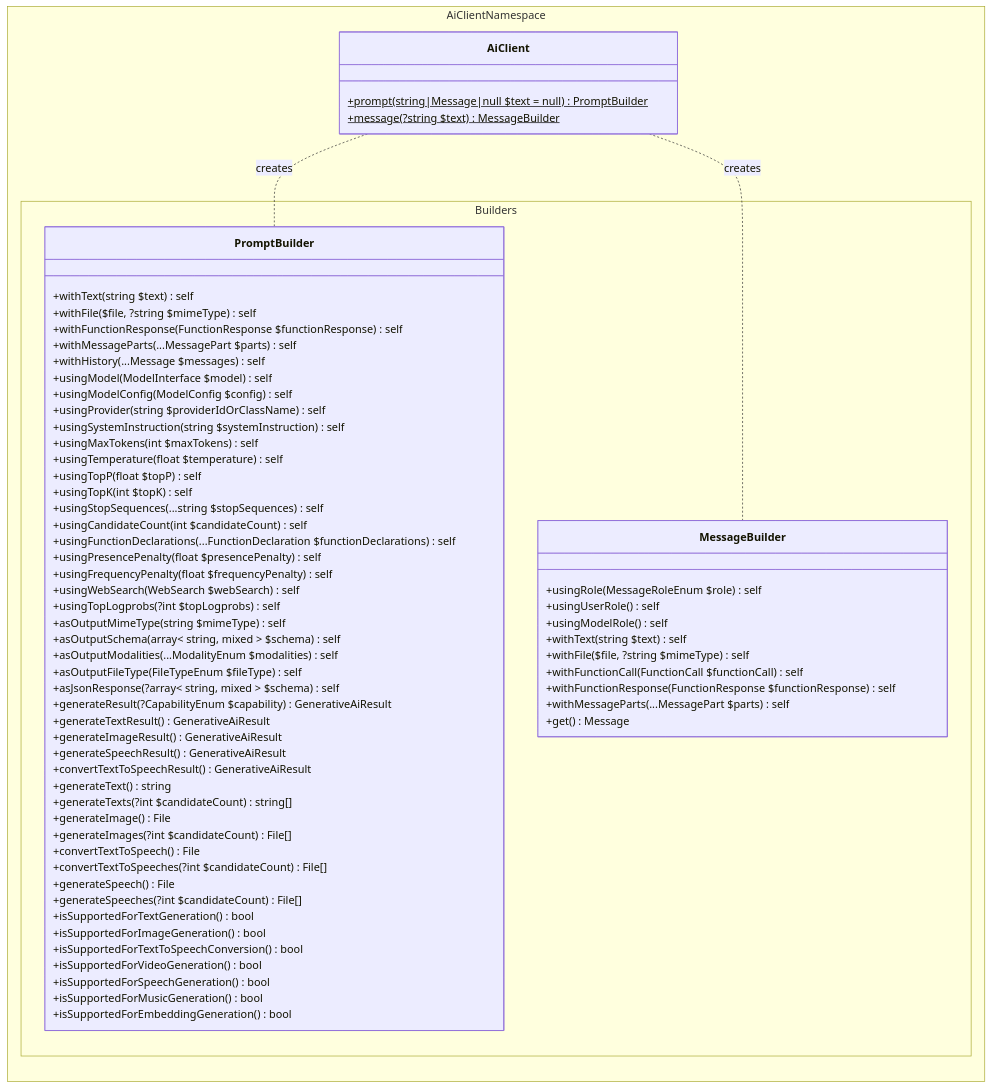
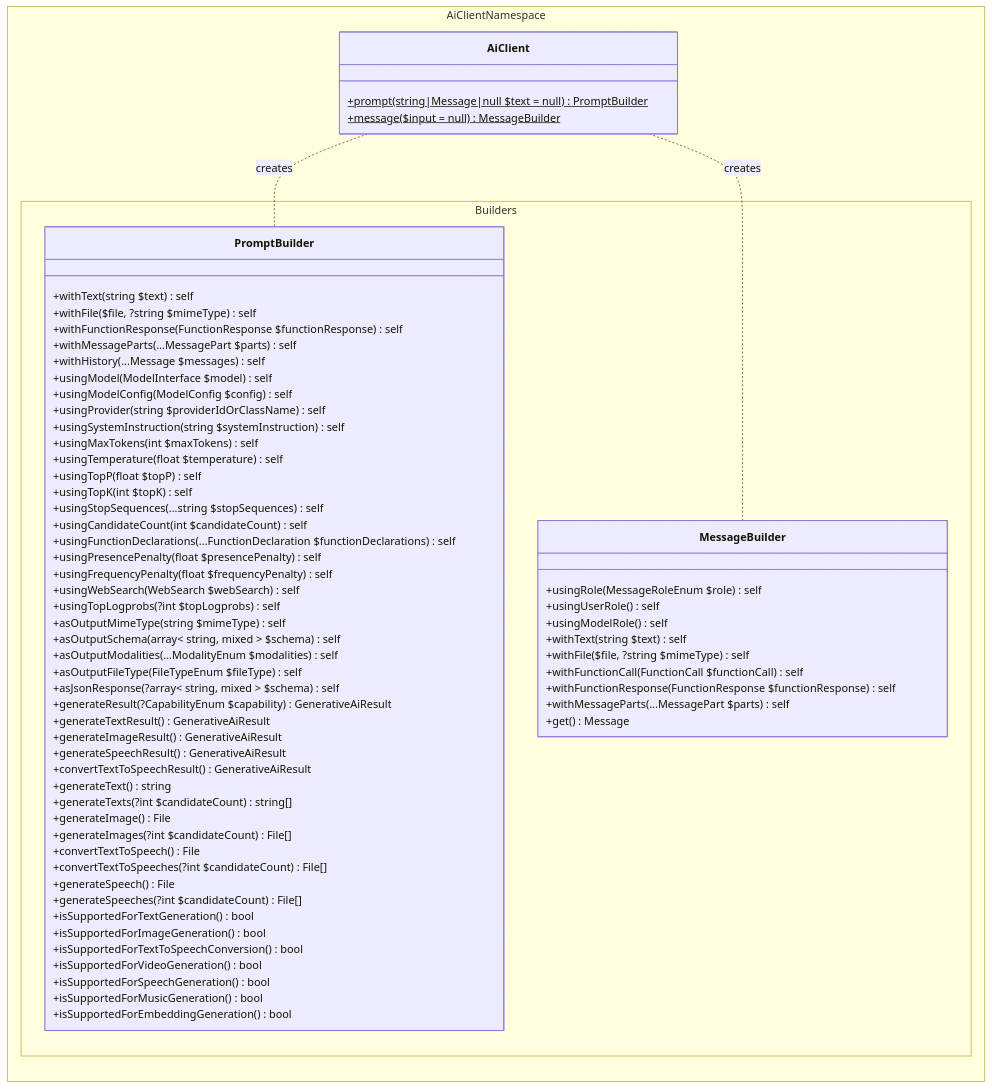
Before and after one commit to Ref34t/php-ai-client: the first of 6 diagrams in docs/ARCHITECTURE.md, drawn with Mermaid. The commit also changed other lines of this file and 2 other files, not shown here.

Commit message:
feat: adds support for additional input types

````diff
--- a/docs/ARCHITECTURE.md
+++ b/docs/ARCHITECTURE.md
@@ -288,80 +288,80 @@
 ```mermaid
 ---
 config:
   class:
     hideEmptyMembersBox: true
 ---
 classDiagram
 direction LR
     namespace AiClientNamespace {
         class AiClient {
             +prompt(string|Message|null $text = null) PromptBuilder$
-            +message(?string $text) MessageBuilder$
+            +message($input = null) MessageBuilder$
         }
     }
 
     namespace AiClientNamespace.Builders {
         class PromptBuilder {
             +withText(string $text) self
             +withFile($file, ?string $mimeType) self
             +withFunctionResponse(FunctionResponse $functionResponse) self
             +withMessageParts(...MessagePart $parts) self
             +withHistory(...Message $messages) self
             +usingModel(ModelInterface $model) self
             +usingModelConfig(ModelConfig $config) self
             +usingProvider(string $providerIdOrClassName) self
             +usingSystemInstruction(string $systemInstruction) self
             +usingMaxTokens(int $maxTokens) self
             +usingTemperature(float $temperature) self
             +usingTopP(float $topP) self
             +usingTopK(int $topK) self
             +usingStopSequences(...string $stopSequences) self
             +usingCandidateCount(int $candidateCount) self
             +usingFunctionDeclarations(...FunctionDeclaration $functionDeclarations) self
             +usingPresencePenalty(float $presencePenalty) self
             +usingFrequencyPenalty(float $frequencyPenalty) self
             +usingWebSearch(WebSearch $webSearch) self
             +usingTopLogprobs(?int $topLogprobs) self
             +asOutputMimeType(string $mimeType) self
             +asOutputSchema(array< string, mixed > $schema) self
             +asOutputModalities(...ModalityEnum $modalities) self
             +asOutputFileType(FileTypeEnum $fileType) self
             +asJsonResponse(?array< string, mixed > $schema) self
             +generateResult(?CapabilityEnum $capability) GenerativeAiResult
             +generateTextResult() GenerativeAiResult
             +generateImageResult() GenerativeAiResult
             +generateSpeechResult() GenerativeAiResult
             +convertTextToSpeechResult() GenerativeAiResult
             +generateText() string
             +generateTexts(?int $candidateCount) string[]
             +generateImage() File
             +generateImages(?int $candidateCount) File[]
             +convertTextToSpeech() File
             +convertTextToSpeeches(?int $candidateCount) File[]
             +generateSpeech() File
             +generateSpeeches(?int $candidateCount) File[]
             +isSupportedForTextGeneration() bool
             +isSupportedForImageGeneration() bool
             +isSupportedForTextToSpeechConversion() bool
             +isSupportedForVideoGeneration() bool
             +isSupportedForSpeechGeneration() bool
             +isSupportedForMusicGeneration() bool
             +isSupportedForEmbeddingGeneration() bool
         }
 
         class MessageBuilder {
             +usingRole(MessageRoleEnum $role) self
             +usingUserRole() self
             +usingModelRole() self
             +withText(string $text) self
             +withFile($file, ?string $mimeType) self
             +withFunctionCall(FunctionCall $functionCall) self
             +withFunctionResponse(FunctionResponse $functionResponse) self
             +withMessageParts(...MessagePart $parts) self
             +get() Message
         }
     }
 
     AiClient .. PromptBuilder : creates
     AiClient .. MessageBuilder : creates
 ```
````
